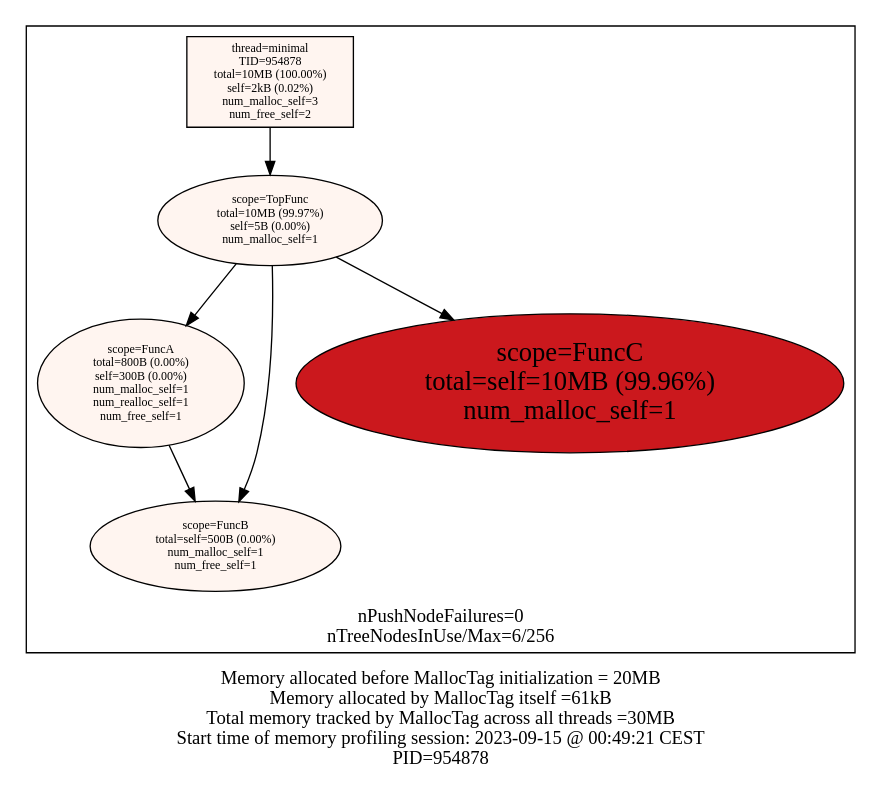
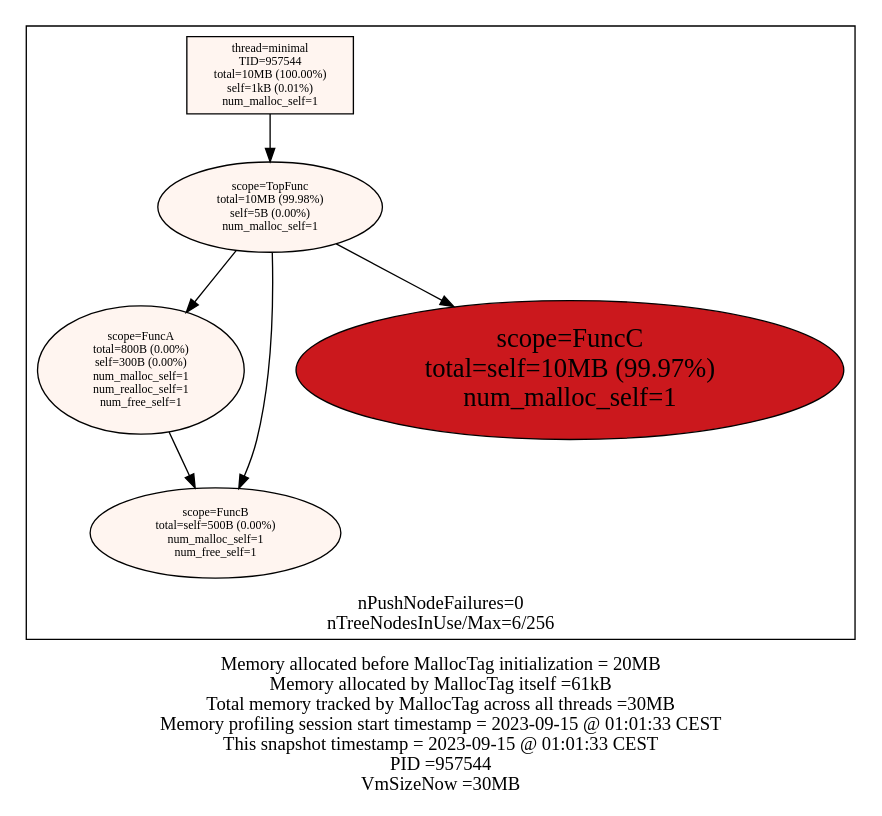
The diagram in examples/minimal/minimal_stats.dot (f18m/malloc-tag), drawn with Graphviz before and after one commit. The commit also changed 10 other files, not shown here.

Commit message:
Measure VmSize of the process at the time of the snapshot to see if it's roughly the same as monitored memory usage

```diff
--- a/examples/minimal/minimal_stats.dot
+++ b/examples/minimal/minimal_stats.dot
@@ -1,22 +1,22 @@
 digraph MallocTree {
  node [colorscheme=reds9 style=filled]
- subgraph cluster_TID954878 {
+ subgraph cluster_TID957544 {
   node [colorscheme=reds9 style=filled]
   labelloc="b"
   label="nPushNodeFailures=0\nnTreeNodesInUse/Max=6/256\n"
-  "954878_minimal" [label="thread=minimal\nTID=954878\ntotal=10MB (100.00%)\nself=2kB (0.02%)\nnum_malloc_self=3\nnum_free_self=2" shape=box fillcolor=1 fontsize=9]
-  "954878_minimal" -> "954878_TopFunc"
-  "954878_TopFunc" [label="scope=TopFunc\ntotal=10MB (99.97%)\nself=5B (0.00%)\nnum_malloc_self=1" fillcolor=1 fontsize=9]
-  "954878_TopFunc" -> "954878_FuncA"
-  "954878_TopFunc" -> "954878_FuncB"
-  "954878_TopFunc" -> "954878_FuncC"
-  "954878_FuncA" [label="scope=FuncA\ntotal=800B (0.00%)\nself=300B (0.00%)\nnum_malloc_self=1\nnum_realloc_self=1\nnum_free_self=1" fillcolor=1 fontsize=9]
-  "954878_FuncA" -> "954878_FuncB"
-  "954878_FuncB" [label="scope=FuncB\ntotal=self=500B (0.00%)\nnum_malloc_self=1\nnum_free_self=1" fillcolor=1 fontsize=9]
-  "954878_FuncB" [label="scope=FuncB\ntotal=self=500B (0.00%)\nnum_malloc_self=1\nnum_free_self=1" fillcolor=1 fontsize=9]
-  "954878_FuncC" [label="scope=FuncC\ntotal=self=10MB (99.96%)\nnum_malloc_self=1" fillcolor=7 fontsize=20]
+  "957544_minimal" [label="thread=minimal\nTID=957544\ntotal=10MB (100.00%)\nself=1kB (0.01%)\nnum_malloc_self=1" shape=box fillcolor=1 fontsize=9]
+  "957544_minimal" -> "957544_TopFunc"
+  "957544_TopFunc" [label="scope=TopFunc\ntotal=10MB (99.98%)\nself=5B (0.00%)\nnum_malloc_self=1" fillcolor=1 fontsize=9]
+  "957544_TopFunc" -> "957544_FuncA"
+  "957544_TopFunc" -> "957544_FuncB"
+  "957544_TopFunc" -> "957544_FuncC"
+  "957544_FuncA" [label="scope=FuncA\ntotal=800B (0.00%)\nself=300B (0.00%)\nnum_malloc_self=1\nnum_realloc_self=1\nnum_free_self=1" fillcolor=1 fontsize=9]
+  "957544_FuncA" -> "957544_FuncB"
+  "957544_FuncB" [label="scope=FuncB\ntotal=self=500B (0.00%)\nnum_malloc_self=1\nnum_free_self=1" fillcolor=1 fontsize=9]
+  "957544_FuncB" [label="scope=FuncB\ntotal=self=500B (0.00%)\nnum_malloc_self=1\nnum_free_self=1" fillcolor=1 fontsize=9]
+  "957544_FuncC" [label="scope=FuncC\ntotal=self=10MB (99.97%)\nnum_malloc_self=1" fillcolor=7 fontsize=20]
  }
 
  labelloc="b"
- label="Memory allocated before MallocTag initialization = 20MB\nMemory allocated by MallocTag itself =61kB\nTotal memory tracked by MallocTag across all threads =30MB\nStart time of memory profiling session: 2023-09-15 @ 00:49:21 CEST\nPID=954878\n"
+ label="Memory allocated before MallocTag initialization = 20MB\nMemory allocated by MallocTag itself =61kB\nTotal memory tracked by MallocTag across all threads =30MB\nMemory profiling session start timestamp = 2023-09-15 @ 01:01:33 CEST\nThis snapshot timestamp = 2023-09-15 @ 01:01:33 CEST\nPID =957544\nVmSizeNow =30MB\n"
 }
```
